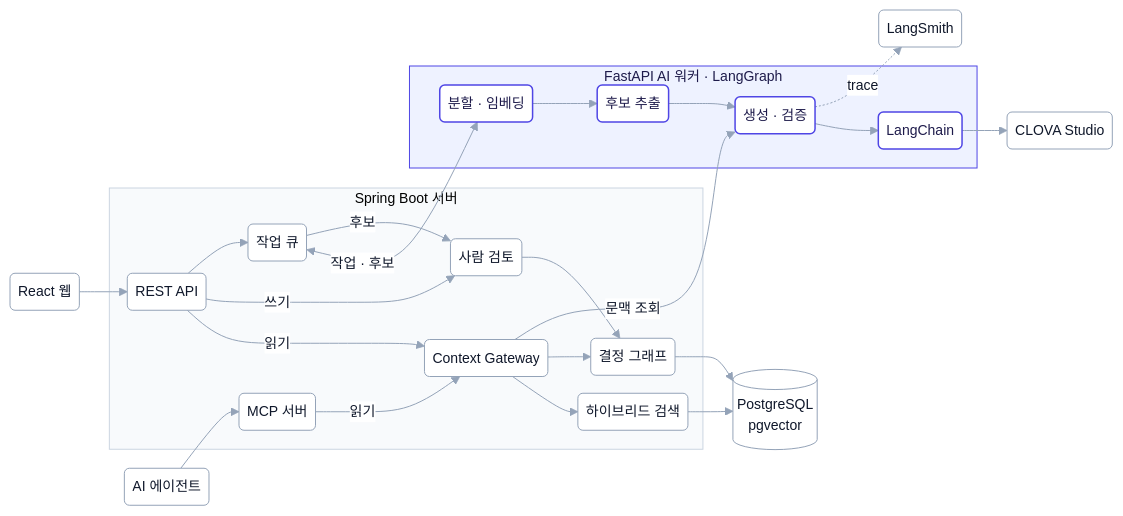
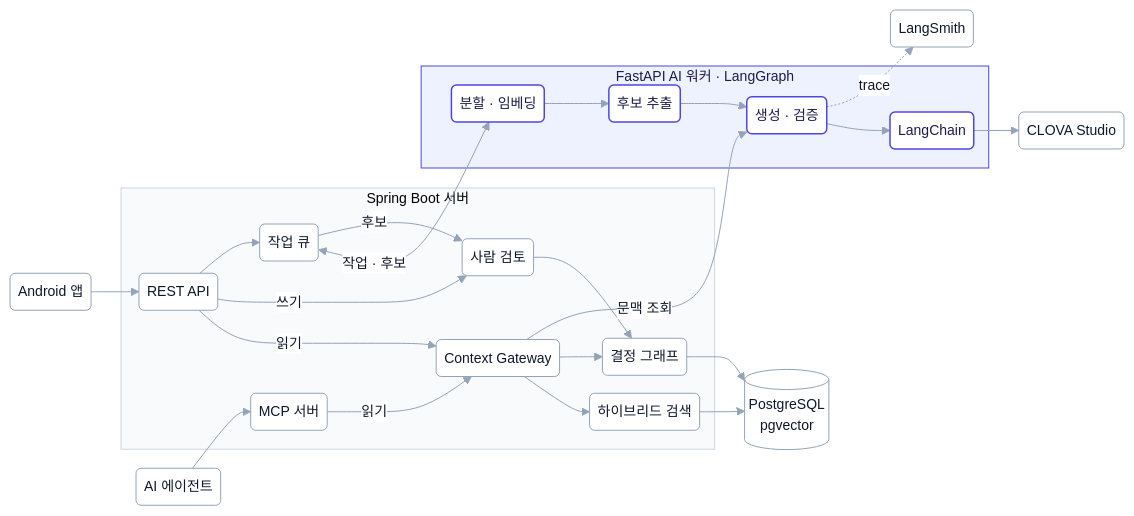
Before and after one commit to dainkil/contexa: the diagram in docs/contexa_architecture_portfolio.md, drawn with Mermaid. The commit also changed other lines of this file and 8 other files, not shown here.

````diff
--- a/docs/contexa_architecture_portfolio.md
+++ b/docs/contexa_architecture_portfolio.md
@@ -9,50 +9,50 @@
 ```mermaid
 %%{init: {"theme": "base", "themeVariables": {"fontFamily": "Pretendard, Inter, sans-serif", "fontSize": "14px", "primaryColor": "#FFFFFF", "primaryBorderColor": "#94A3B8", "primaryTextColor": "#0F172A", "lineColor": "#94A3B8", "clusterBkg": "#F8FAFC", "clusterBorder": "#CBD5E1", "edgeLabelBackground": "#FFFFFF"}, "flowchart": {"nodeSpacing": 18, "rankSpacing": 30, "padding": 8, "curve": "basis"}}}%%
 flowchart LR
-    WEB("React 웹")
+    WEB("Android 앱")
     AGENT("AI 에이전트")
 
     subgraph JAVA["Spring Boot 서버"]
         REST("REST API")
         MCP("MCP 서버")
         GW("Context Gateway")
         RV("사람 검토")
         RET("하이브리드 검색")
         GR("결정 그래프")
         JOB("작업 큐")
     end
 
     subgraph PY["FastAPI AI 워커 · LangGraph"]
         PARSE("분할 · 임베딩")
         EXTRACT("후보 추출")
         GENERATE("생성 · 검증")
         LC("LangChain")
     end
 
     LLM("CLOVA Studio")
     LS("LangSmith")
     DB[("PostgreSQL<br/>pgvector")]
 
     WEB --> REST
     AGENT --> MCP
     REST -->|읽기| GW
     MCP -->|읽기| GW
     REST -->|쓰기| RV
     REST --> JOB
     GW --> RET
     GW --> GR
     RV --> GR
     RET --> DB
     GR --> DB
     JOB <-->|작업 · 후보| PARSE
     JOB -->|후보| RV
     PARSE --> EXTRACT --> GENERATE
     GW -->|문맥 조회| GENERATE
     GENERATE --> LC
     LC --> LLM
     GENERATE -.->|trace| LS
 
     classDef ai fill:#FFFFFF,stroke:#4F46E5,stroke-width:1.5px,color:#1E1B4B
     class PARSE,EXTRACT,GENERATE,LC ai
     style PY fill:#EEF2FF,stroke:#4F46E5,color:#1E1B4B
 ```
````
